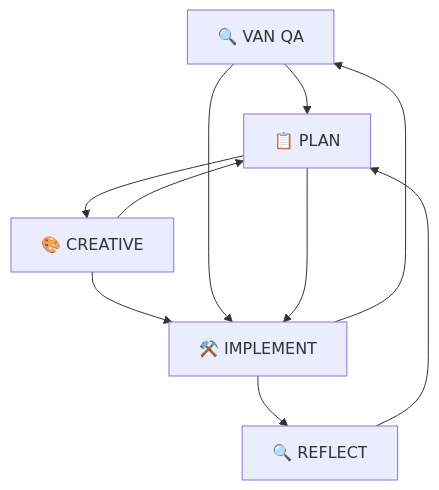
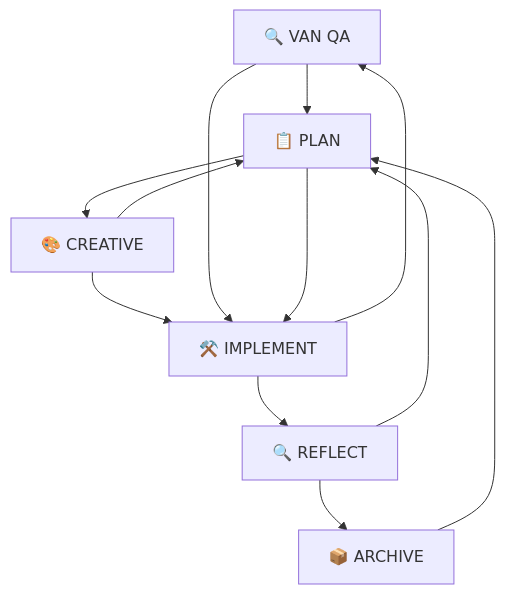
Before and after one commit to ac484/ng-alain: the diagram in .cursor/MODE_GUIDE.md, drawn with Mermaid. The commit also changed other lines of this file and 1 other file, not shown here.

Commit message:
新增 ARCHIVE 模式至 MODE_GUIDE.md，定義文檔化與知識歸檔的用途、使用時機及快捷鍵，並更新模式切換流程以包含 ARCHIVE 模式。同時刪除 settings.json 文件以精簡專案結構。

````diff
--- a/.cursor/MODE_GUIDE.md
+++ b/.cursor/MODE_GUIDE.md
@@ -17,13 +18,15 @@
 ```mermaid
 graph TD
     VAN[🔍 VAN QA] --> PLAN[📋 PLAN]
     PLAN --> CREATIVE[🎨 CREATIVE]
     CREATIVE --> IMPLEMENT[⚒️ IMPLEMENT]
     IMPLEMENT --> REFLECT[🔍 REFLECT]
     REFLECT --> PLAN
+    REFLECT --> ARCHIVE[📦 ARCHIVE]
+    ARCHIVE --> PLAN
     
     VAN --> IMPLEMENT
     PLAN --> IMPLEMENT
     CREATIVE --> PLAN
     IMPLEMENT --> VAN
 ```
````
